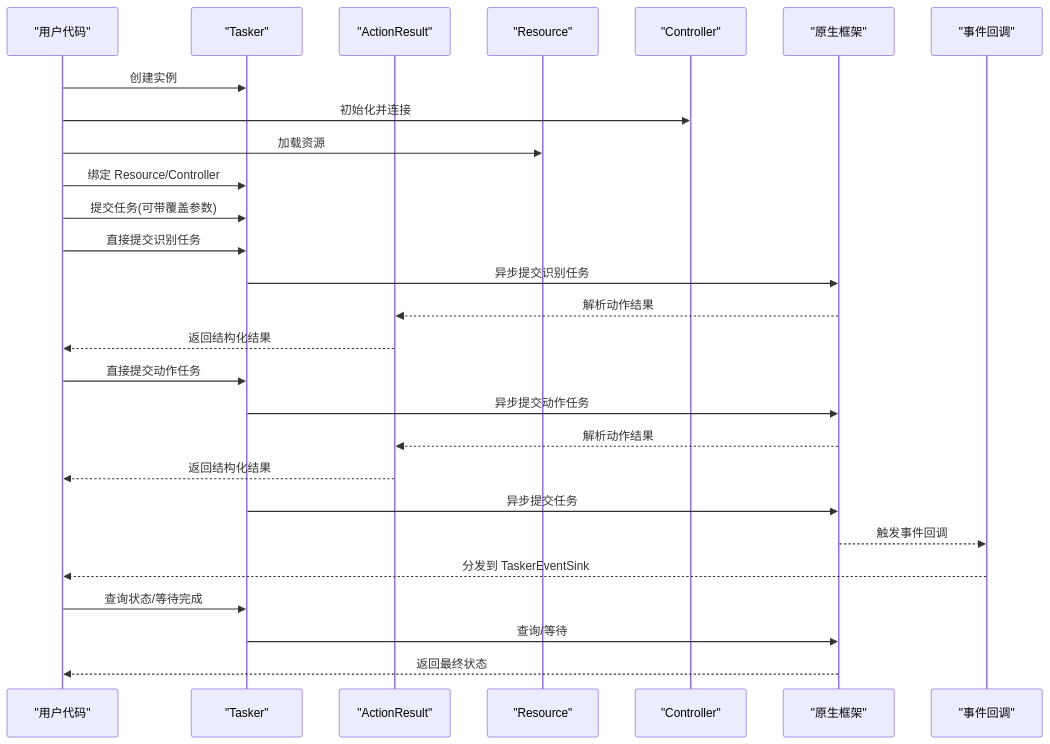
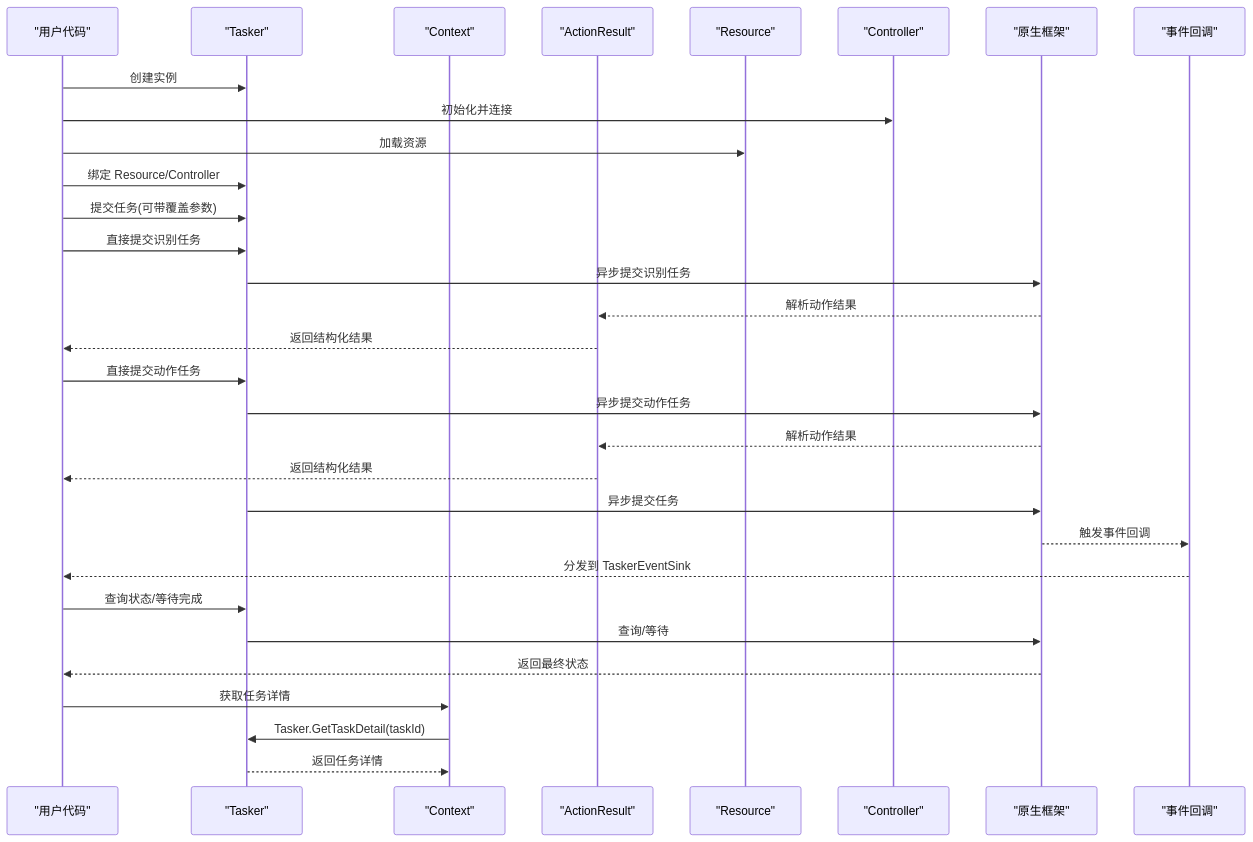
One commit to kqcoxn/MaaPipelineEditor changed the second of 9 diagrams in instructions/maafw-golang-binding/核心概念/任务管理器 (Tasker).md. Above: the diagram before and after it, drawn with Mermaid. The commit also changed other lines of this file and 7 other files, not shown here.

````diff
--- a/instructions/maafw-golang-binding/核心概念/任务管理器 (Tasker).md
+++ b/instructions/maafw-golang-binding/核心概念/任务管理器 (Tasker).md
@@ -133,29 +154,33 @@
 ```mermaid
 sequenceDiagram
 participant U as "用户代码"
 participant T as "Tasker"
+participant CTX as "Context"
 participant AR as "ActionResult"
 participant R as "Resource"
 participant C as "Controller"
 participant N as "原生框架"
 participant CB as "事件回调"
 U->>T : 创建实例
 U->>C : 初始化并连接
 U->>R : 加载资源
 U->>T : 绑定 Resource/Controller
 U->>T : 提交任务(可带覆盖参数)
 U->>T : 直接提交识别任务
 T->>N : 异步提交识别任务
 N-->>AR : 解析动作结果
 AR-->>U : 返回结构化结果
 U->>T : 直接提交动作任务
 T->>N : 异步提交动作任务
 N-->>AR : 解析动作结果
 AR-->>U : 返回结构化结果
 T->>N : 异步提交任务
 N-->>CB : 触发事件回调
 CB-->>U : 分发到 TaskerEventSink
 U->>T : 查询状态/等待完成
 T->>N : 查询/等待
 N-->>U : 返回最终状态
+U->>CTX : 获取任务详情
+CTX->>T : Tasker.GetTaskDetail(taskId)
+T-->>CTX : 返回任务详情
 ```
````
